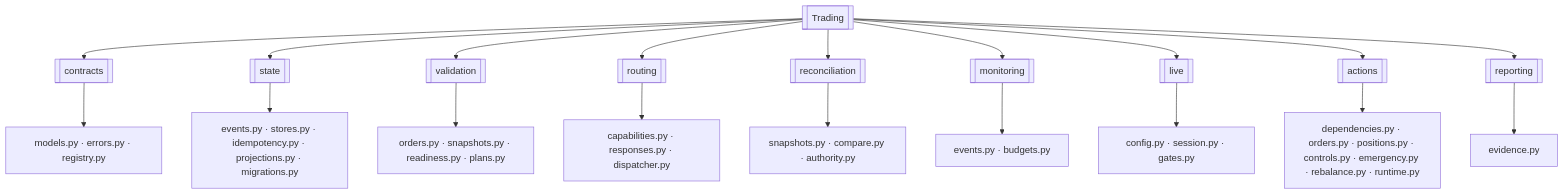
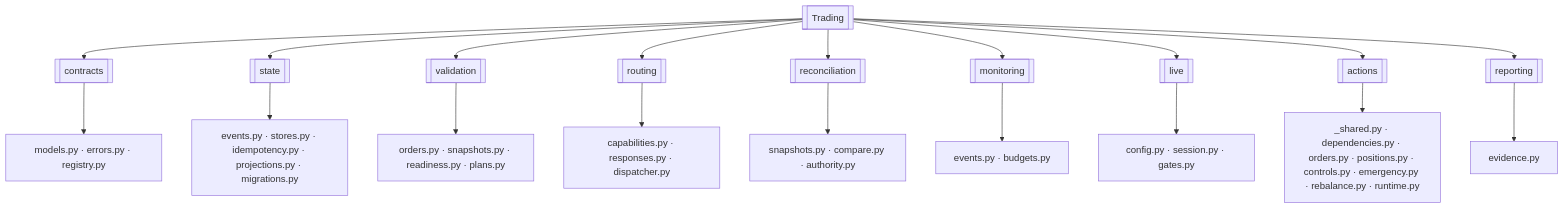
The first of 3 diagrams in app/services/trading/README.md (haruperi/HaruQuantAI), drawn with Mermaid before and after one commit. The commit also changed other lines of this file and 132 other files, not shown here.

Commit message:
feat (trading): implement trading service architecture with new reconciliation, monitoring, and state management modules alongside comprehensive unit and integration tests.

````diff
--- a/app/services/trading/README.md
+++ b/app/services/trading/README.md
@@ -118,23 +120,23 @@
 ```mermaid
 flowchart TD
     TRD[[Trading]]
     TRD --> CON[[contracts]]
     TRD --> STA[[state]]
     TRD --> VAL[[validation]]
     TRD --> ROU[[routing]]
     TRD --> REC[[reconciliation]]
     TRD --> MON[[monitoring]]
     TRD --> LIV[[live]]
     TRD --> ACT[[actions]]
     TRD --> REP[[reporting]]
 
     CON --> CONFILES[models.py · errors.py · registry.py]
     STA --> STAFILES[events.py · stores.py · idempotency.py · projections.py · migrations.py]
     VAL --> VALFILES[orders.py · snapshots.py · readiness.py · plans.py]
     ROU --> ROUFILES[capabilities.py · responses.py · dispatcher.py]
     REC --> RECFILES[snapshots.py · compare.py · authority.py]
     MON --> MONFILES[events.py · budgets.py]
     LIV --> LIVFILES[config.py · session.py · gates.py]
-    ACT --> ACTFILES[dependencies.py · orders.py · positions.py · controls.py · emergency.py · rebalance.py · runtime.py]
+    ACT --> ACTFILES[_shared.py · dependencies.py · orders.py · positions.py · controls.py · emergency.py · rebalance.py · runtime.py]
     REP --> REPFILES[evidence.py]
 ```
````
